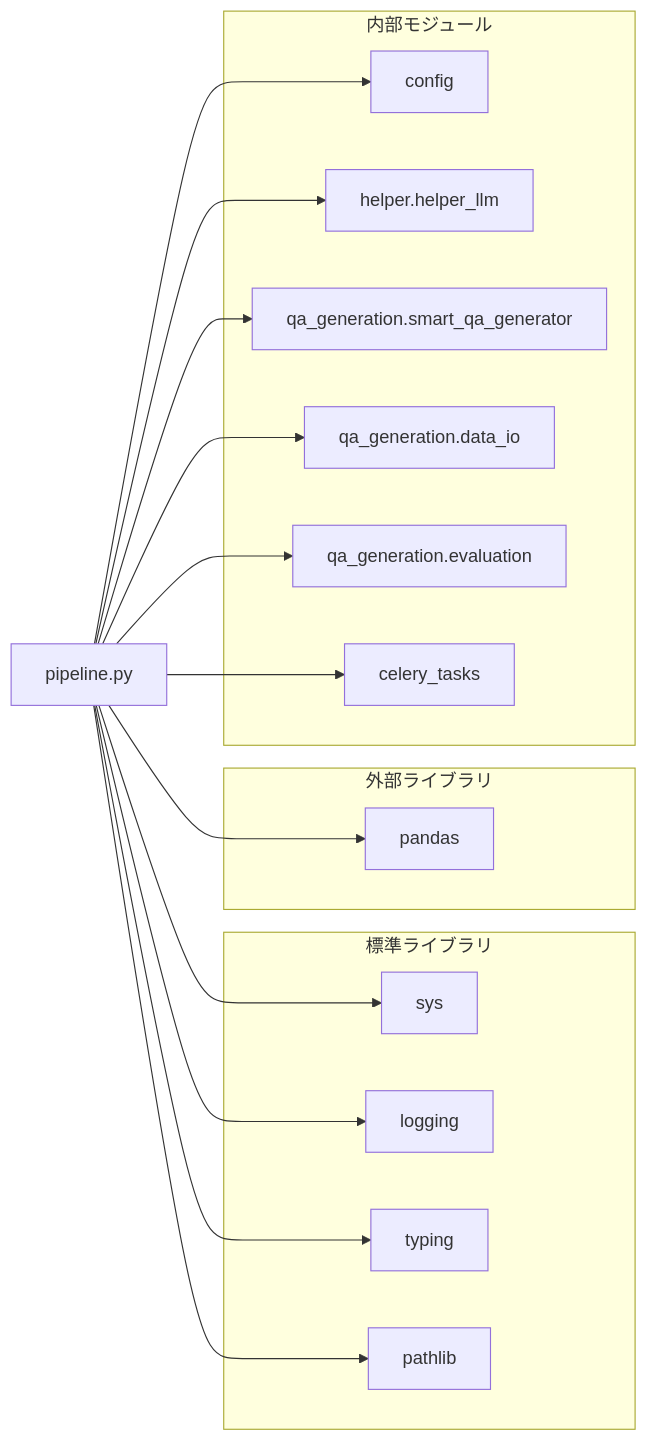
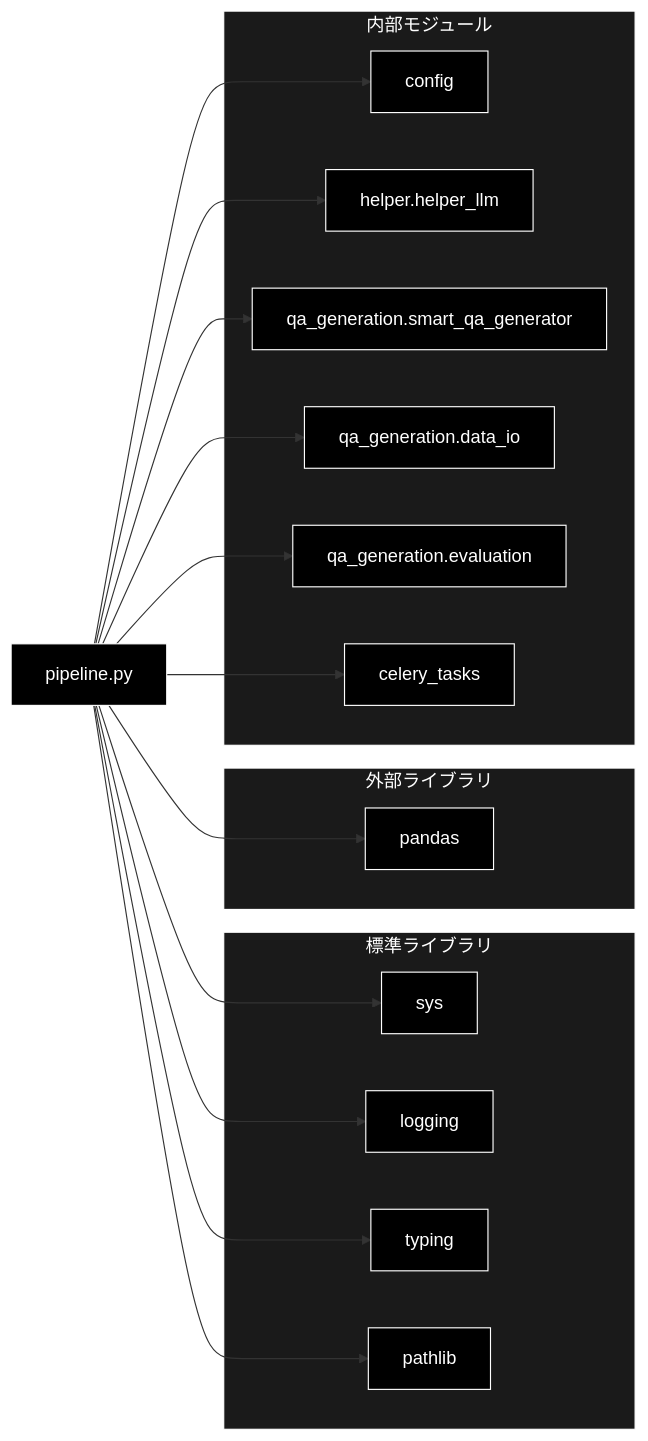
One commit to nakashima2toshio/ollama_grace_agent_v2 changed the fifth of 8 diagrams in qa_qdrant/doc/make_qa_qapipeline.md. Above: the diagram before and after it, drawn with Mermaid. The commit also changed other lines of this file and 12 other files, not shown here.

````diff
--- a/qa_qdrant/doc/make_qa_qapipeline.md
+++ b/qa_qdrant/doc/make_qa_qapipeline.md
@@ -808,36 +834,42 @@
 ```mermaid
 flowchart LR
     PIPELINE[pipeline.py]
 
     subgraph STDLIB["標準ライブラリ"]
         SYS[sys]
         LOGGING[logging]
         TYPING[typing]
         PATHLIB[pathlib]
     end
 
     subgraph EXTERNAL["外部ライブラリ"]
         PANDAS[pandas]
     end
 
     subgraph INTERNAL["内部モジュール"]
         CONFIG[config]
         HELPER_LLM[helper.helper_llm]
         SMART_GEN[qa_generation.smart_qa_generator]
         DATA_IO[qa_generation.data_io]
         EVAL[qa_generation.evaluation]
         CELERY[celery_tasks]
     end
 
     PIPELINE --> SYS
     PIPELINE --> LOGGING
     PIPELINE --> TYPING
     PIPELINE --> PATHLIB
     PIPELINE --> PANDAS
     PIPELINE --> CONFIG
     PIPELINE --> HELPER_LLM
     PIPELINE --> SMART_GEN
     PIPELINE --> DATA_IO
     PIPELINE --> EVAL
     PIPELINE --> CELERY
+classDef default fill:#000,stroke:#fff,color:#fff
+classDef subgraphStyle fill:#1a1a1a,stroke:#fff,color:#fff
+class PIPELINE,SYS,LOGGING,TYPING,PATHLIB,PANDAS,CONFIG,HELPER_LLM,SMART_GEN,DATA_IO,EVAL,CELERY default
+style STDLIB fill:#1a1a1a,stroke:#fff,color:#fff
+style EXTERNAL fill:#1a1a1a,stroke:#fff,color:#fff
+style INTERNAL fill:#1a1a1a,stroke:#fff,color:#fff
 ```
````
